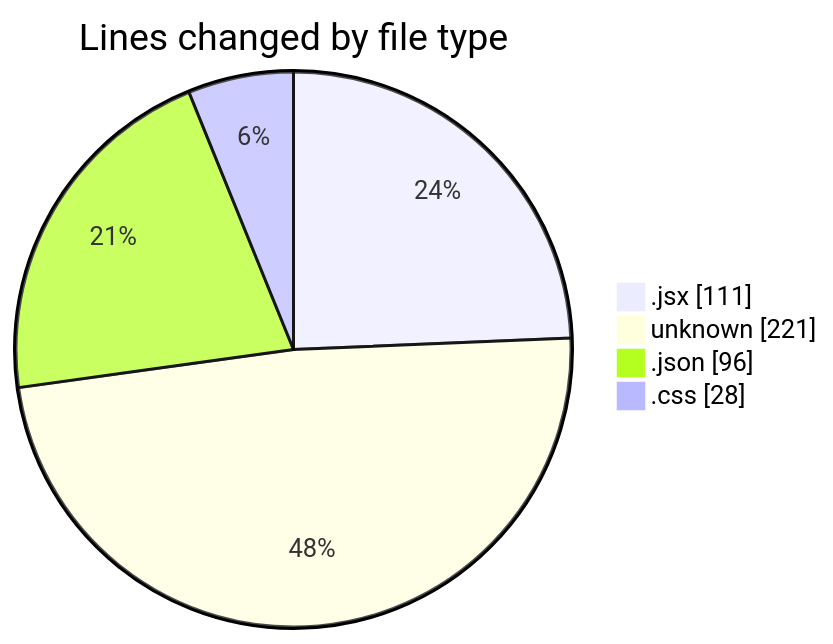
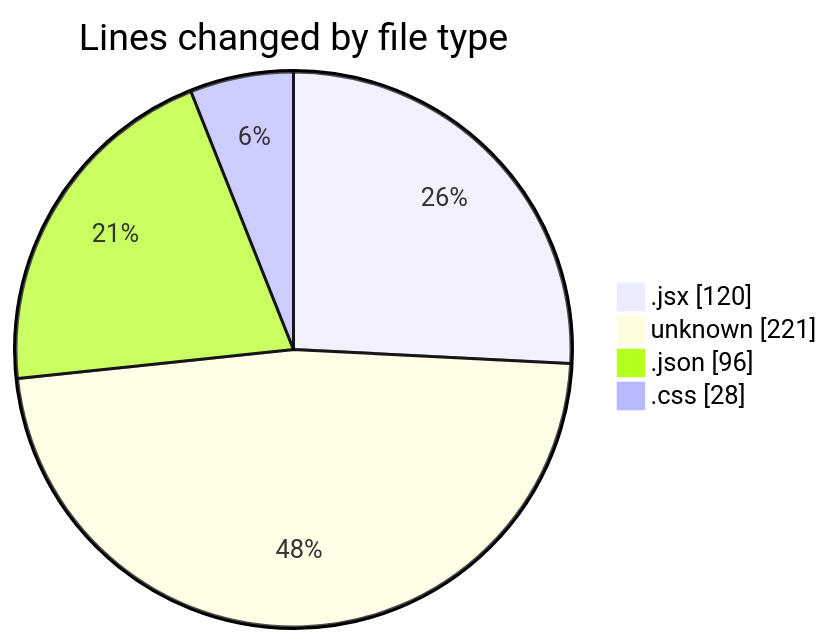
One commit to Elitesun/code-tracking changed the first of 2 diagrams in 2025-02-05/react_ecom/README.md. Above: the diagram before and after it, drawn with Mermaid. The commit also changed other lines of this file and 1 other file, not shown here.

````diff
--- a/2025-02-05/react_ecom/README.md
+++ b/2025-02-05/react_ecom/README.md
@@ -28,8 +28,8 @@
 ```mermaid
 pie showData
 title Lines changed by file type
-".jsx" : 111
+".jsx" : 120
 "unknown" : 221
 ".json" : 96
 ".css" : 28
 ```
````
